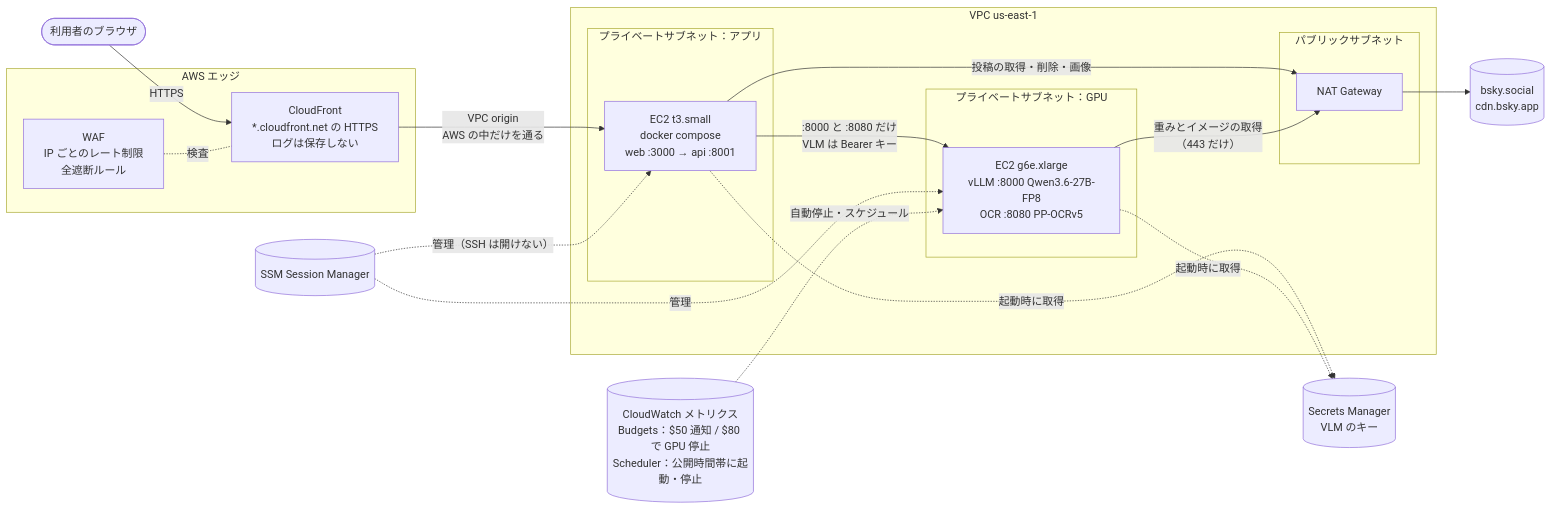
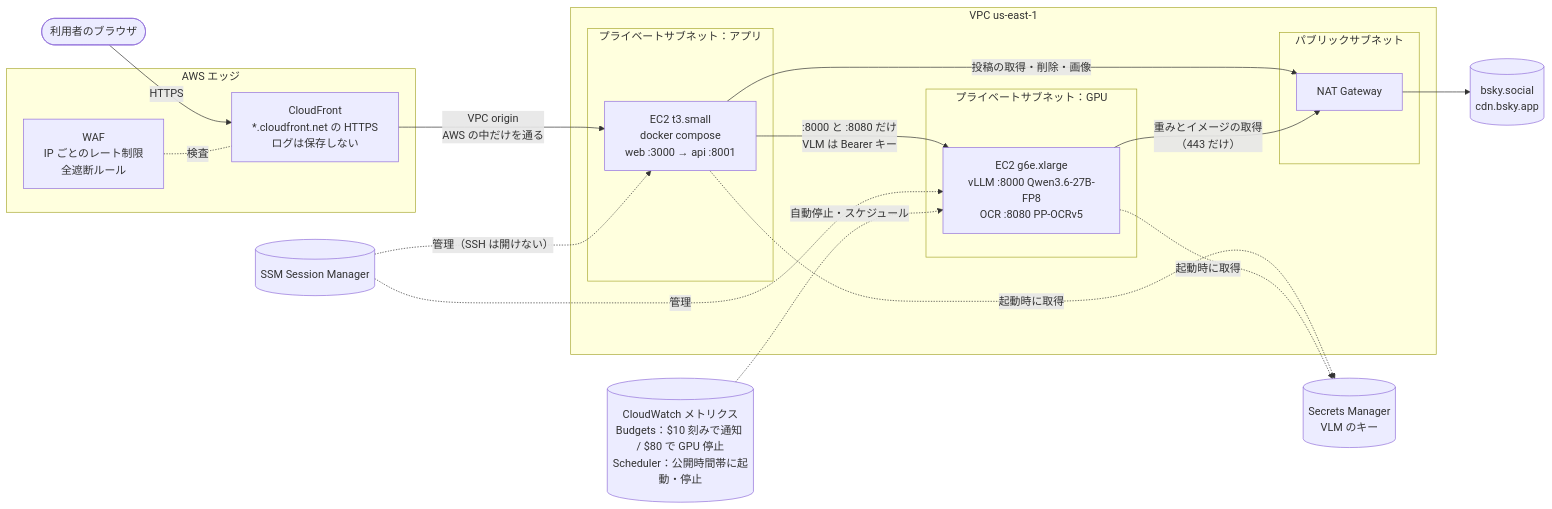
The diagram in docs/aws-migration.md (jphacks/tkb_2613), drawn with Mermaid before and after one commit. The commit also changed other lines of this file and 3 other files, not shown here.

````diff
--- a/docs/aws-migration.md
+++ b/docs/aws-migration.md
@@ -35,35 +35,35 @@
 ```mermaid
 flowchart LR
   user([利用者のブラウザ])
   subgraph edge[AWS エッジ]
     cf[CloudFront<br/>*.cloudfront.net の HTTPS<br/>ログは保存しない]
     waf[WAF<br/>IP ごとのレート制限<br/>全遮断ルール]
   end
   subgraph vpc[VPC us-east-1]
     subgraph pub[パブリックサブネット]
       nat[NAT Gateway]
     end
     subgraph app_sn[プライベートサブネット：アプリ]
       app[EC2 t3.small<br/>docker compose<br/>web :3000 → api :8001]
     end
     subgraph gpu_sn[プライベートサブネット：GPU]
       gpu[EC2 g6e.xlarge<br/>vLLM :8000 Qwen3.6-27B-FP8<br/>OCR :8080 PP-OCRv5]
     end
   end
   bsky[(bsky.social<br/>cdn.bsky.app)]
   sm[(Secrets Manager<br/>VLM のキー)]
   ssm[(SSM Session Manager)]
-  cw[(CloudWatch メトリクス<br/>Budgets：$50 通知 / $80 で GPU 停止<br/>Scheduler：公開時間帯に起動・停止)]
+  cw[(CloudWatch メトリクス<br/>Budgets：$10 刻みで通知 / $80 で GPU 停止<br/>Scheduler：公開時間帯に起動・停止)]
 
   user -- HTTPS --> cf
   waf -. 検査 .- cf
   cf -- VPC origin<br/>AWS の中だけを通る --> app
   app -- ":8000 と :8080 だけ<br/>VLM は Bearer キー" --> gpu
   app -- 投稿の取得・削除・画像 --> nat --> bsky
   gpu -- 重みとイメージの取得<br/>（443 だけ） --> nat
   app -. 起動時に取得 .-> sm
   gpu -. 起動時に取得 .-> sm
   ssm -. 管理（SSH は開けない） .-> app
   ssm -. 管理 .-> gpu
   cw -. 自動停止・スケジュール .-> gpu
 ```
````
